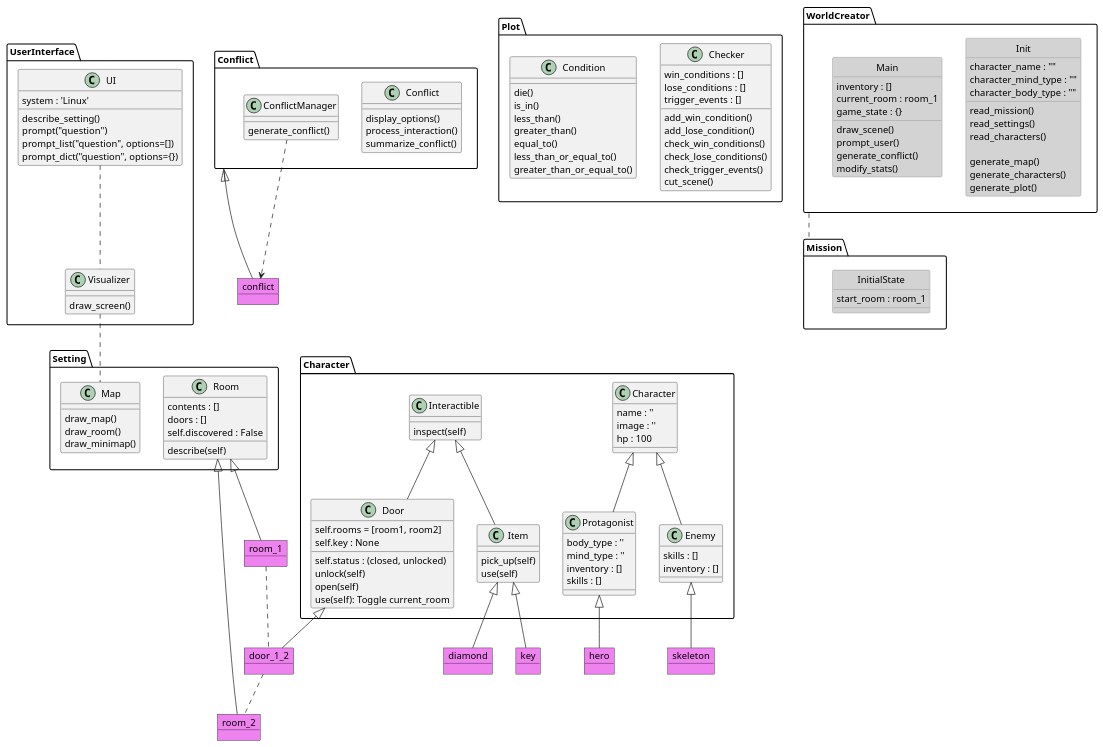
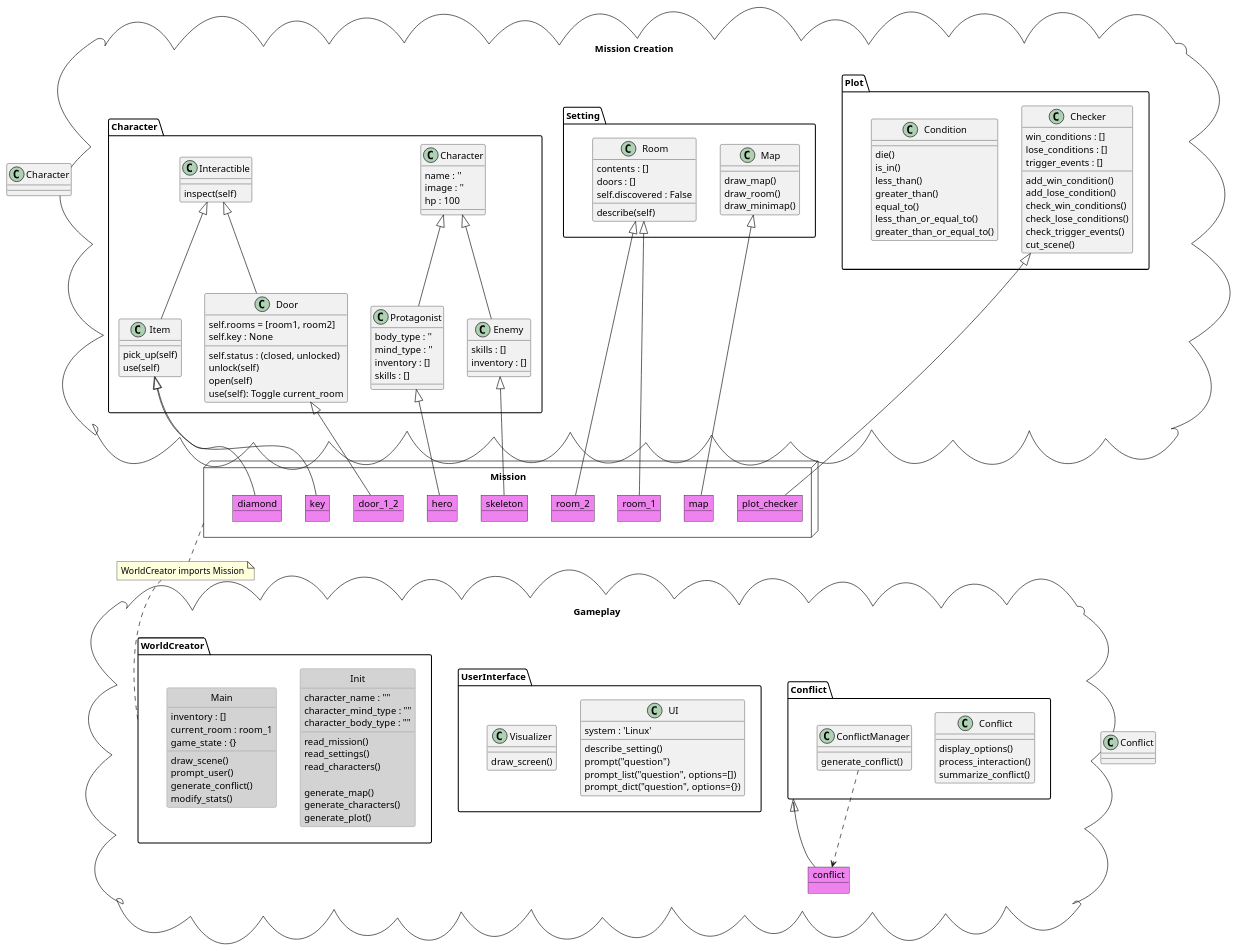
Before and after one commit to kiew-ay/Adventure: the diagram in doc/packages.puml, drawn with PlantUML. The commit also changed 1 other file, not shown here.

Commit message:
updated package / class diagram

```diff
--- a/doc/packages.puml
+++ b/doc/packages.puml
@@ -18,204 +18,241 @@
 ' PACKAGES
 '-------------------------------------------------------------------------------
 '_______________________________________________________________________________
-package Setting <<Folder>> {
-    class Room {
-        contents : []
-        doors : []
-        self.discovered : False
-        describe(self)
+package "Mission Creation" <<Cloud>> {
+    '_______________________________________________________________________________
+    package Character <<Folder>> {
+        class Character {
+            name : ''
+            image : ''
+            hp : 100
+        }
+        class Protagonist {
+            body_type : ''
+            mind_type : ''
+            inventory : []
+            skills : []
+        }
+
+        '----------------------------------
+        class Enemy {
+            skills : []
+            inventory : []
+        }
+        Character <|-- Protagonist
+        Character <|-- Enemy
+
+        '----------------------------------
+        class Interactible {
+            inspect(self)
+        }
+        class Item {
+            pick_up(self)
+            use(self)
+        }   
+        Interactible <|-- Item
+
+        '----------------------------------
+        class Door {
+            self.rooms = [room1, room2]
+            self.key : None
+            self.status : (closed, unlocked)
+            unlock(self)
+            open(self)
+            'toggle current_room between rooms in self.rooms
+            use(self): Toggle current_room
+        }
+        Interactible <|-- Door
     }
 
-    class Map {
-        draw_map()
-        draw_room()
-        draw_minimap()
+    '_______________________________________________________________________________
+    package Setting <<Folder>> {
+        class Room {
+            contents : []
+            doors : []
+            self.discovered : False
+            describe(self)
+        }
+
+        class Map {
+            draw_map()
+            draw_room()
+            draw_minimap()
+        }
+    }
+
+    '_______________________________________________________________________________
+    package Plot <<Folder>> {
+        class Checker {
+            win_conditions : []
+            lose_conditions : []
+            trigger_events : []
+
+            add_win_condition()
+            add_lose_condition()
+            check_win_conditions()
+            check_lose_conditions()
+            check_trigger_events()
+            cut_scene()
+        }
+
+        '----------------------------------
+        class Condition {
+            die()
+            is_in()
+            less_than()
+            greater_than()
+            equal_to()
+            less_than_or_equal_to()
+            greater_than_or_equal_to()
+        }
     }
 }
 
-'_______________________________________________________________________________
-package Character <<Folder>> {
-    class Character {
-        name : ''
-        image : ''
-        hp : 100
-    }
-    class Protagonist {
-        body_type : ''
-        mind_type : ''
-        inventory : []
-        skills : []
-    }
-
-    '----------------------------------
-    class Enemy {
-        skills : []
-        inventory : []
-    }
-    Character <|-- Protagonist
-    Character <|-- Enemy
-
-    '----------------------------------
-    class Interactible {
-        inspect(self)
-    }
-    class Item {
-        pick_up(self)
-        use(self)
-    }   
-    Interactible <|-- Item
-
-    '----------------------------------
-    class Door {
-        self.rooms = [room1, room2]
-        self.key : None
-        self.status : (closed, unlocked)
-        unlock(self)
-        open(self)
-        'toggle current_room between rooms in self.rooms
-        use(self): Toggle current_room
-    }
-    Interactible <|-- Door
-}
 
 '_______________________________________________________________________________
-package Conflict <<Folder>> {
-    class Conflict {
-        display_options()
-        process_interaction()
-        summarize_conflict()
-    }
+package Mission <<Node>> {
+    ''''''''''''''''''''''''''''''''''''''''''''''''''''''''''''''''''''''''''''
+    '' The mission file instantiates everything that will exist in the mission.
+    ''      - characters (hero, enemies, etc.)
+    ''      - map (rooms, doors, and layout)
+    ''      - items
+    ''      - plot (win/lose conditions, trigger conditions, etc.)
+    ''''''''''''''''''''''''''''''''''''''''''''''''''''''''''''''''''''''''''''
+    object hero
+    Protagonist <|-- hero
 
-    class ConflictManager {
-        generate_conflict()
-    }
-}
+    object skeleton
+    Enemy <|-- skeleton
 
-'_______________________________________________________________________________
-package UserInterface <<Folder>> {
-    class UI {
-        system : 'Linux'
+    object diamond
+    Item <|-- diamond
 
-        describe_setting()
-        prompt("question")
-        prompt_list("question", options=[])
-        prompt_dict("question", options={})
-    }
+    object key
+    Item <|-- key
 
-    class Visualizer {
-        draw_screen()
-    }
-}
+    object room_1
+    object room_2
+    Room <|-- room_1
+    Room <|-- room_2
 
-'_______________________________________________________________________________
-package Plot <<Folder>> {
-    class Checker {
-        win_conditions : []
-        lose_conditions : []
-        trigger_events : []
+    object door_1_2
+    Door <|-- door_1_2
+    'room_1   .. door_1_2
+    'door_1_2 .. room_2
 
-        add_win_condition()
-        add_lose_condition()
-        check_win_conditions()
-        check_lose_conditions()
-        check_trigger_events()
-        cut_scene()
-    }
+    object map
+    Map <|-- map
 
-    '----------------------------------
-    class Condition {
-        die()
-        is_in()
-        less_than()
-        greater_than()
-        equal_to()
-        less_than_or_equal_to()
-        greater_than_or_equal_to()
-    }
-}
-
-'_______________________________________________________________________________
-package WorldCreator <<Folder>> {
-    class Init <<Module>> {
-        ' VARIABLES
-        character_name : ""
-        character_mind_type : ""
-        character_body_type : ""
-
-        ' METHODS
-        read_mission()
-        read_settings()
-        read_characters()
-        
-        generate_map()
-        generate_characters()
-        generate_plot()
-    }
-
-    '----------------------------------
-    class Main <<Module>> {
-        ' VARIABLES
-        inventory : []
-        current_room : room_1
-        game_state : {}
-
-        ' METHODS
-        draw_scene()
-        prompt_user()
-        generate_conflict()
-        modify_stats()
-    }
-}
-
-'_______________________________________________________________________________
-package Mission <<Folder>> {
-    class InitialState <<Module>> {
-        start_room : room_1
-    }
-
-    'class Generator {
-    '}
+    object plot_checker
+    Checker <|-- plot_checker
 }
 
 
-'===============================================================================
-' OBJECTS, INSTANTIATORS, and RELATIONSHIPS
-'-------------------------------------------------------------------------------
-WorldCreator .. Mission
+'_______________________________________________________________________________
+package "Gameplay" <<Cloud>> {
+    '_______________________________________________________________________________
+    package Conflict <<Folder>> {
+        class Conflict {
+            display_options()
+            process_interaction()
+            summarize_conflict()
+        }
 
-object hero
-Protagonist <|-- hero
+        class ConflictManager {
+            generate_conflict()
+        }
+    }
+    object conflict
+    Conflict <|-- conflict
+    ConflictManager ..> conflict
 
-object skeleton
-Enemy <|-- skeleton
+    '_______________________________________________________________________________
+    package UserInterface <<Folder>> {
+        class UI {
+            system : 'Linux'
 
-object diamond
-Item <|-- diamond
+            describe_setting()
+            prompt("question")
+            prompt_list("question", options=[])
+            prompt_dict("question", options={})
+        }
 
-object key
-Item <|-- key
+        class Visualizer {
+            draw_screen()
+        }
+    }
 
-object conflict
-Conflict <|-- conflict
-ConflictManager ..> conflict
+    '_______________________________________________________________________________
+    package WorldCreator <<Folder>> {
+        class Init <<Module>> {
+            ' VARIABLES
+            character_name : ""
+            character_mind_type : ""
+            character_body_type : ""
 
-object room_1
-object room_2
-Room <|-- room_1
-Room <|-- room_2
+            ' METHODS
+            read_mission()
+            read_settings()
+            read_characters()
+            
+            generate_map()
+            generate_characters()
+            generate_plot()
+        }
 
-object door_1_2
-Door <|-- door_1_2
-room_1 .. door_1_2
-door_1_2 .. room_2
+        '----------------------------------
+        class Main <<Module>> {
+            ' VARIABLES
+            inventory : []
+            current_room : room_1
+            game_state : {}
 
-UI .. Visualizer
-Visualizer .. Map
+            ' METHODS
+            draw_scene()
+            prompt_user()
+            generate_conflict()
+            modify_stats()
+
+        }
+    }
+}
 
 
 '===============================================================================
 ' FORMATTING & LAYOUT
 '-------------------------------------------------------------------------------
+'_______________________________________
+'           MISSION CREATION
+'---------------------------------------
+' Align vertically: "Mission Creation", Mission, "Gameplay"
+"Mission Creation" -down[hidden]--> Mission
+Mission -down[hidden]--> "Gameplay"
+
+' Align horizontally: Character, Settings, Plot
+Character -[hidden]> Setting
+Setting   -[hidden]> Plot
+
+
+'_______________________________________
+'           MISSION
+'---------------------------------------
+' Align Vertically: WorldCreator, Mission
+note "WorldCreator imports Mission" as N1
+Mission .. N1
+N1 .. WorldCreator
+
+
+'_______________________________________
+'           GAMEPLAY
+'.......................................
+' Align horizontally: UserInterface, Conflict
+UserInterface -[hidden]> Conflict
+
+
+'_______________________________________
+' MISCELLANEOUS FORMATTING
+'.......................................
+' don't display the circle or stereotype name for these skinparams
 hide <<Module>> circle
 hide <<Module>> stereotype
 hide <<Object>> circle
```
